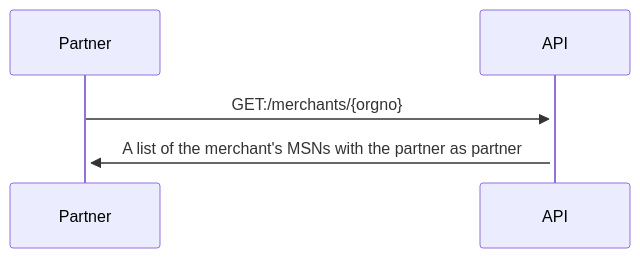
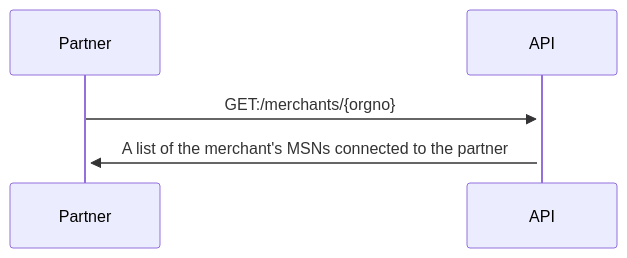
The first of 3 diagrams in vipps-partner-api.md (vippsas/vipps-partner-api), drawn with Mermaid before and after one commit. The commit also changed other lines of this file and 1 other file, not shown here.

````diff
--- a/vipps-partner-api.md
+++ b/vipps-partner-api.md
@@ -81,5 +81,5 @@
 ```mermaid
 sequenceDiagram
     Partner->>+API: GET:/merchants/{orgno}
-    API->>+Partner: A list of the merchant's MSNs with the partner as partner
+    API->>+Partner: A list of the merchant's MSNs connected to the partner
 ```
````
